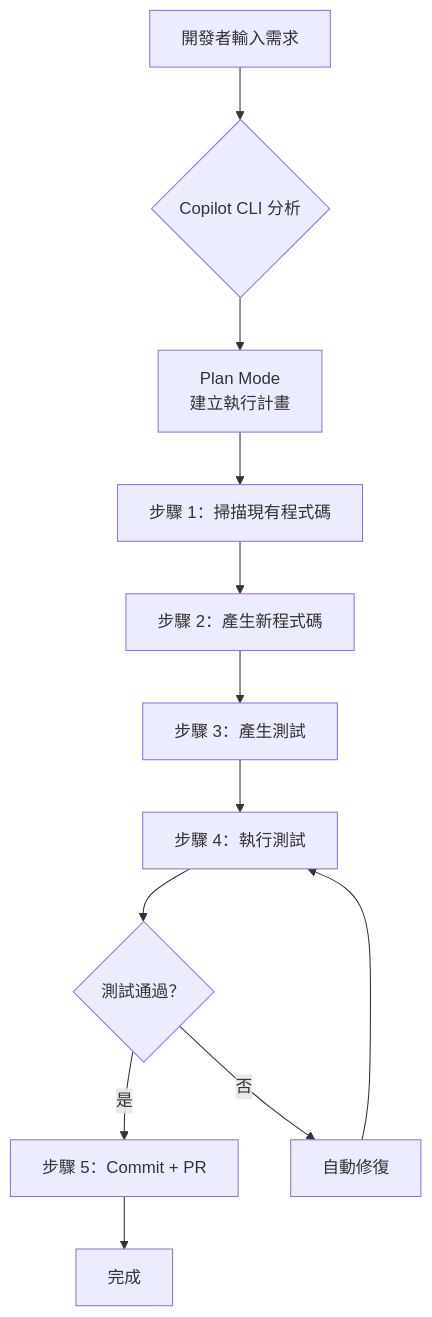
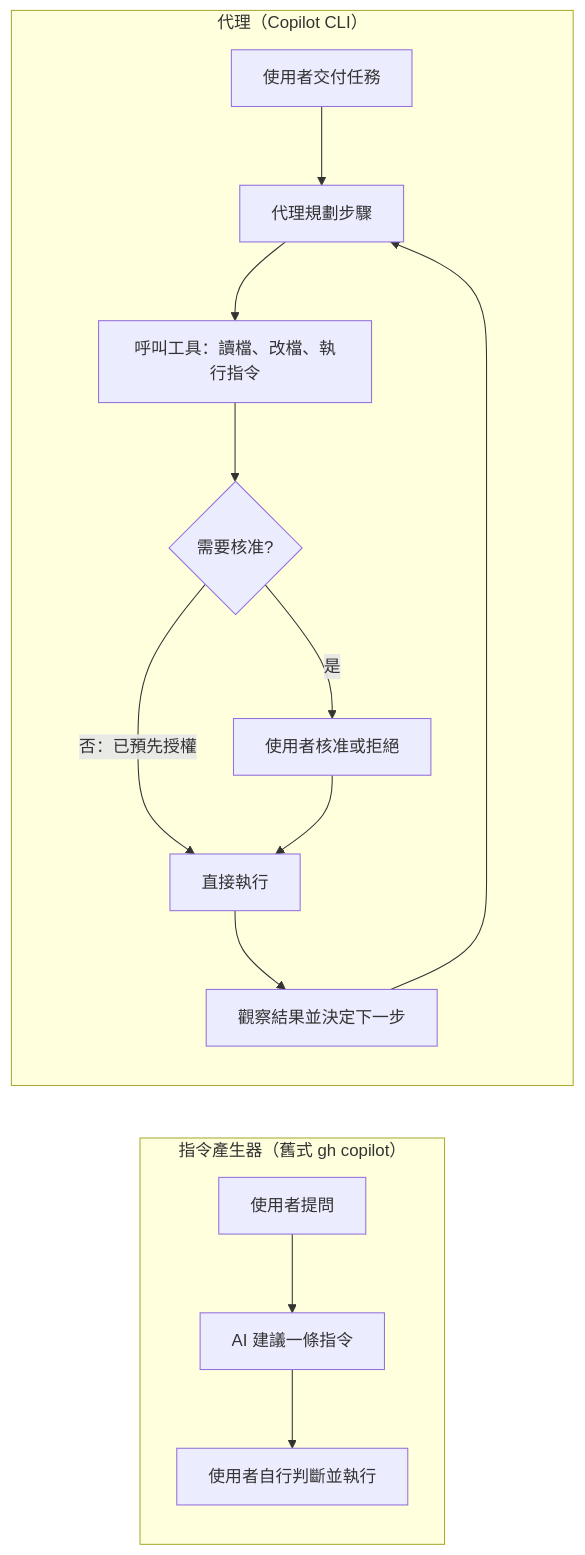
One commit to chihhung/Blog changed the first of 8 diagrams in content/posts/教學/AI開發/Copilot CLI教學手冊.md. Above: the diagram before and after it, drawn with Mermaid. The commit also changed other lines of this file and 1 other file, not shown here.

Commit message:
docs: update copilot cli and mattpocock skills doc

````diff
--- a/content/posts/教學/AI開發/Copilot CLI教學手冊.md
+++ b/content/posts/教學/AI開發/Copilot CLI教學手冊.md
@@ -361,14 +450,17 @@
 ```mermaid
-graph TD
-    A[開發者輸入需求] --> B{Copilot CLI 分析}
-    B --> C[Plan Mode<br/>建立執行計畫]
-    C --> D[步驟 1：掃描現有程式碼]
-    D --> E[步驟 2：產生新程式碼]
-    E --> F[步驟 3：產生測試]
-    F --> G[步驟 4：執行測試]
-    G --> H{測試通過？}
-    H -->|是| I[步驟 5：Commit + PR]
-    H -->|否| J[自動修復]
-    J --> G
-    I --> K[完成]
+flowchart LR
+    subgraph G1["指令產生器（舊式 gh copilot）"]
+        A1[使用者提問] --> B1[AI 建議一條指令]
+        B1 --> C1[使用者自行判斷並執行]
+    end
+    subgraph G2["代理（Copilot CLI）"]
+        A2[使用者交付任務] --> B2[代理規劃步驟]
+        B2 --> C2[呼叫工具：讀檔、改檔、執行指令]
+        C2 --> D2{需要核准?}
+        D2 -- 是 --> E2[使用者核准或拒絕]
+        D2 -- 否：已預先授權 --> F2[直接執行]
+        E2 --> F2
+        F2 --> G2b[觀察結果並決定下一步]
+        G2b --> B2
+    end
 ```
````
